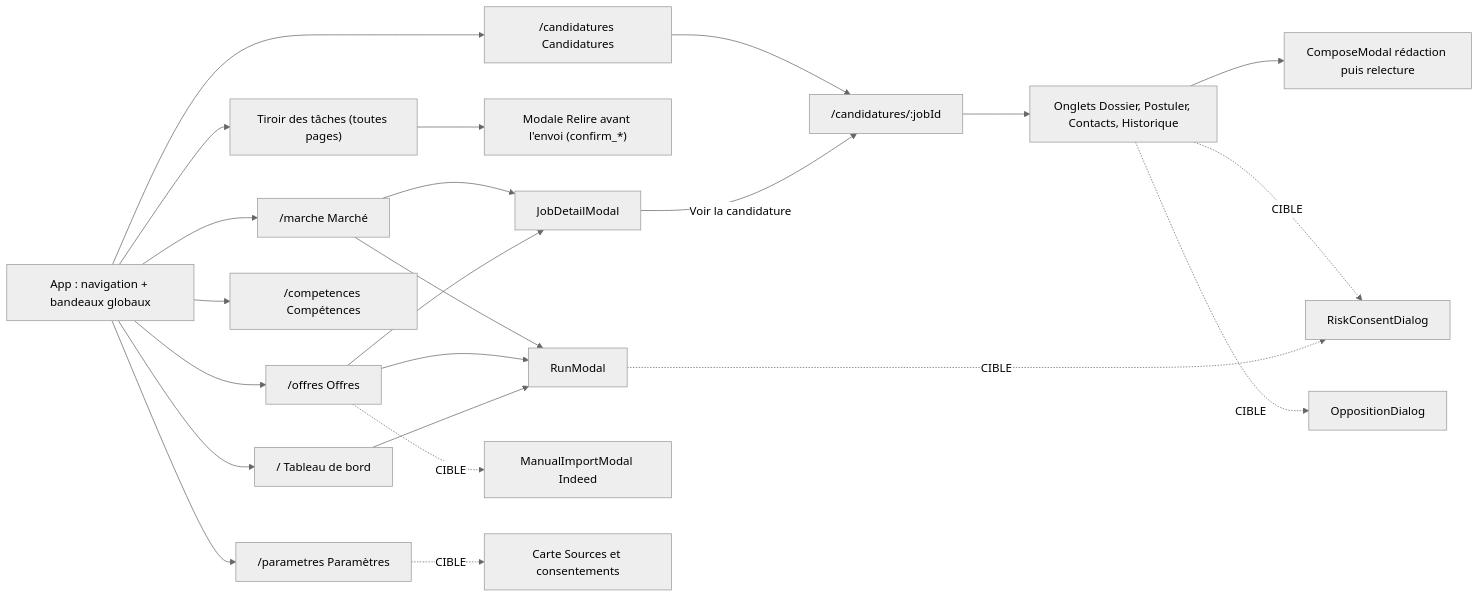
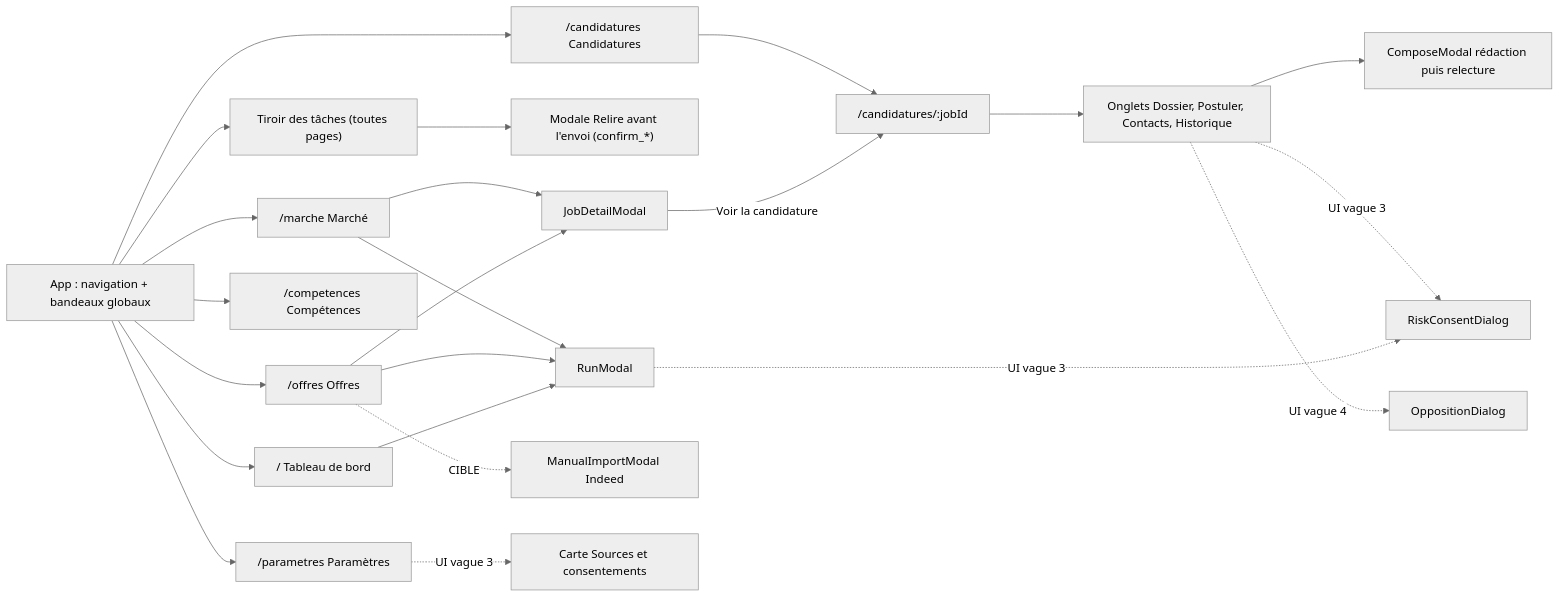
Before and after one commit to Mohva-kira/my-connector: the diagram in linkedin_market/docs/context/frontend/04-routing-and-pages.md, drawn with Mermaid (neutral theme). The commit also changed other lines of this file and 35 other files, not shown here.

````diff
--- a/linkedin_market/docs/context/frontend/04-routing-and-pages.md
+++ b/linkedin_market/docs/context/frontend/04-routing-and-pages.md
@@ -33,25 +33,25 @@
 ```mermaid
 flowchart LR
     root["App : navigation + bandeaux globaux"] --> dash["/ Tableau de bord"]
     root --> jobs["/offres Offres"]
     root --> apps["/candidatures Candidatures"]
     root --> market["/marche Marché"]
     root --> skills["/competences Compétences"]
     root --> settings["/parametres Paramètres"]
     root --> drawer["Tiroir des tâches (toutes pages)"]
     drawer --> confirm["Modale Relire avant l'envoi (confirm_*)"]
     dash --> run["RunModal"]
     jobs --> run
     market --> run
     jobs --> jobmodal["JobDetailModal"]
     market --> jobmodal
     jobmodal -->|"Voir la candidature"| appdetail["/candidatures/:jobId"]
     apps --> appdetail
     appdetail --> tabs["Onglets Dossier, Postuler, Contacts, Historique"]
     tabs --> compose["ComposeModal rédaction puis relecture"]
-    run -.->|"CIBLE"| risk["RiskConsentDialog"]
-    tabs -.->|"CIBLE"| risk
-    tabs -.->|"CIBLE"| opposition["OppositionDialog"]
+    run -.->|"UI vague 3"| risk["RiskConsentDialog"]
+    tabs -.->|"UI vague 3"| risk
+    tabs -.->|"UI vague 4"| opposition["OppositionDialog"]
     jobs -.->|"CIBLE"| importmodal["ManualImportModal Indeed"]
-    settings -.->|"CIBLE"| sources["Carte Sources et consentements"]
+    settings -.->|"UI vague 3"| sources["Carte Sources et consentements"]
 ```
````
